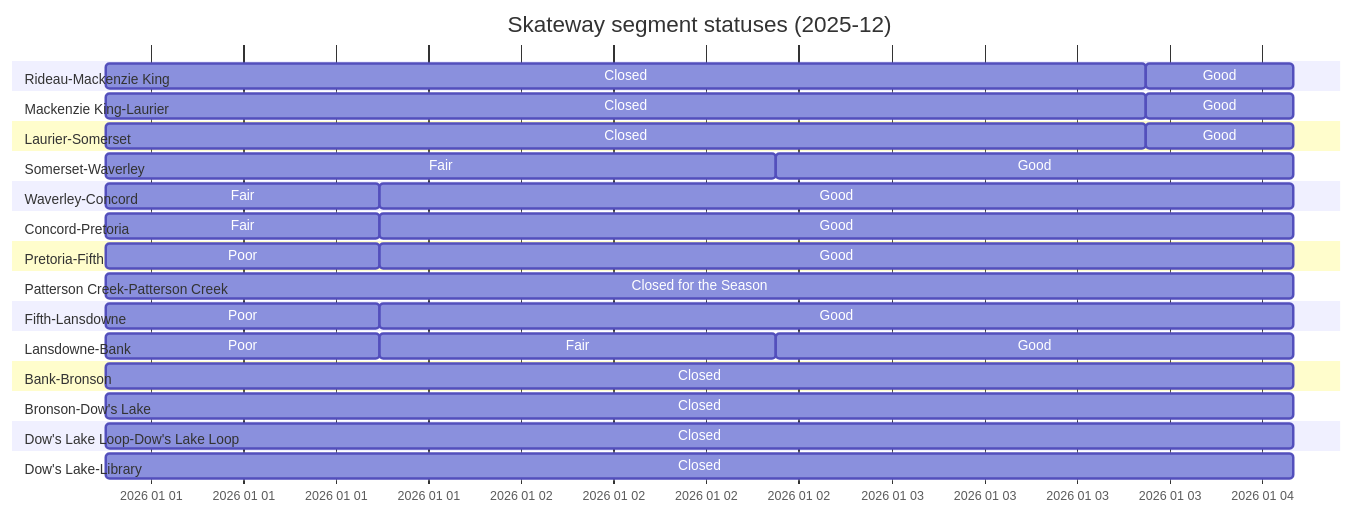
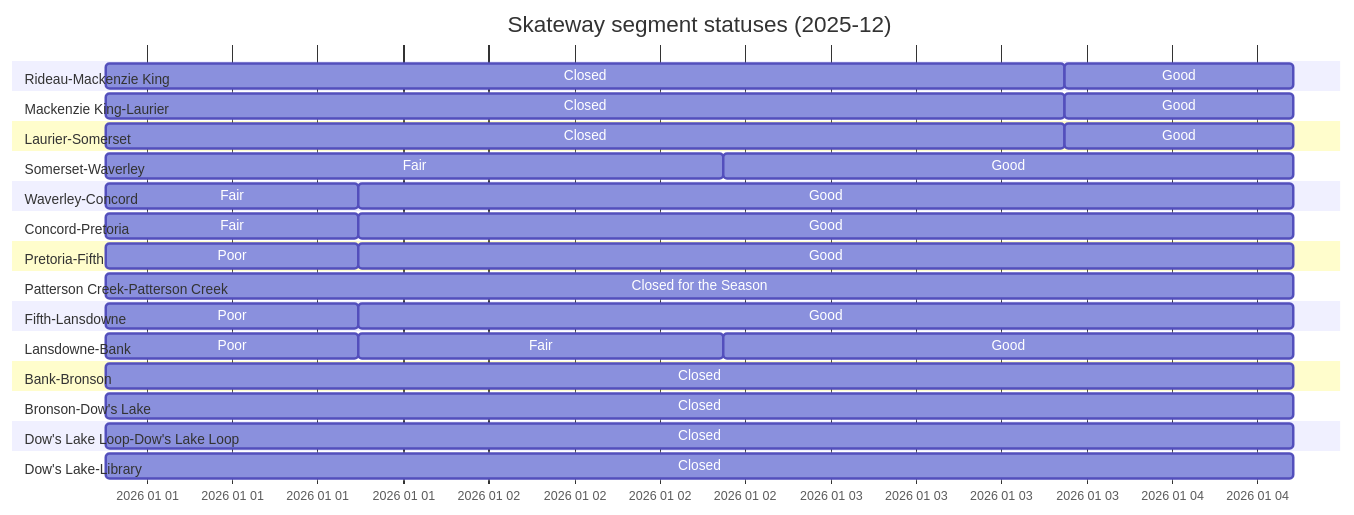
Before and after one commit to PatLittle/skateway_data: the diagram in gantt.md, drawn with Mermaid. The commit also changed 2 other files, not shown here.

````diff
--- a/gantt.md
+++ b/gantt.md
@@ -2,54 +2,54 @@
 ```mermaid
 ---
 topAxis: true
 displayMode: compact
 config:
   themeCSS: " #vg { fill: Green } #g {fill: yellow} #f {fill: orange} #p {fill: red}      \n
 #c {fill: Black} #cs {fill: Black} #sc {fill: White} #wo {fill: saddlebrown} \n
             text[id^=cs] { fill: red; } text[id^=sc] { fill: red; }
         "
 ---
 
 gantt
   title Skateway segment statuses (2025-12)
   dateFormat  YYYY-MM-DD HH:mm:ss
   axisFormat  %Y %m %d
   section Rideau-Mackenzie King
   Closed: c, 2025-12-31 21:07:33, 2026-01-03 16:27:35
-  Good: g, 2026-01-03 16:27:35, 2026-01-04 02:00:59
+  Good: g, 2026-01-03 16:27:35, 2026-01-04 08:30:23
   section Mackenzie King-Laurier
   Closed: c, 2025-12-31 21:07:33, 2026-01-03 16:27:35
-  Good: g, 2026-01-03 16:27:35, 2026-01-04 02:00:59
+  Good: g, 2026-01-03 16:27:35, 2026-01-04 08:30:23
   section Laurier-Somerset
   Closed: c, 2025-12-31 21:07:33, 2026-01-03 16:27:35
-  Good: g, 2026-01-03 16:27:35, 2026-01-04 02:00:59
+  Good: g, 2026-01-03 16:27:35, 2026-01-04 08:30:23
   section Somerset-Waverley
   Fair: f, 2025-12-31 21:07:33, 2026-01-02 16:28:08
-  Good: g, 2026-01-02 16:28:08, 2026-01-04 02:00:59
+  Good: g, 2026-01-02 16:28:08, 2026-01-04 08:30:23
   section Waverley-Concord
   Fair: f, 2025-12-31 21:07:33, 2026-01-01 14:52:27
-  Good: g, 2026-01-01 14:52:27, 2026-01-04 02:00:59
+  Good: g, 2026-01-01 14:52:27, 2026-01-04 08:30:23
   section Concord-Pretoria
   Fair: f, 2025-12-31 21:07:33, 2026-01-01 14:52:27
-  Good: g, 2026-01-01 14:52:27, 2026-01-04 02:00:59
+  Good: g, 2026-01-01 14:52:27, 2026-01-04 08:30:23
   section Pretoria-Fifth
   Poor: p, 2025-12-31 21:07:33, 2026-01-01 14:52:27
-  Good: g, 2026-01-01 14:52:27, 2026-01-04 02:00:59
+  Good: g, 2026-01-01 14:52:27, 2026-01-04 08:30:23
   section Patterson Creek-Patterson Creek
-  Closed for the Season: cs, 2025-12-31 21:07:33, 2026-01-04 02:00:59
+  Closed for the Season: cs, 2025-12-31 21:07:33, 2026-01-04 08:30:23
   section Fifth-Lansdowne
   Poor: p, 2025-12-31 21:07:33, 2026-01-01 14:52:27
-  Good: g, 2026-01-01 14:52:27, 2026-01-04 02:00:59
+  Good: g, 2026-01-01 14:52:27, 2026-01-04 08:30:23
   section Lansdowne-Bank
   Poor: p, 2025-12-31 21:07:33, 2026-01-01 14:52:27
   Fair: f, 2026-01-01 14:52:27, 2026-01-02 16:28:08
-  Good: g, 2026-01-02 16:28:08, 2026-01-04 02:00:59
+  Good: g, 2026-01-02 16:28:08, 2026-01-04 08:30:23
   section Bank-Bronson
-  Closed: c, 2025-12-31 21:07:33, 2026-01-04 02:00:59
+  Closed: c, 2025-12-31 21:07:33, 2026-01-04 08:30:23
   section Bronson-Dow's Lake
-  Closed: c, 2025-12-31 21:07:33, 2026-01-04 02:00:59
+  Closed: c, 2025-12-31 21:07:33, 2026-01-04 08:30:23
   section Dow's Lake Loop-Dow's Lake Loop
-  Closed: c, 2025-12-31 21:07:33, 2026-01-04 02:00:59
+  Closed: c, 2025-12-31 21:07:33, 2026-01-04 08:30:23
   section Dow's Lake-Library
-  Closed: c, 2025-12-31 21:07:33, 2026-01-04 02:00:59
+  Closed: c, 2025-12-31 21:07:33, 2026-01-04 08:30:23
 ```
````
